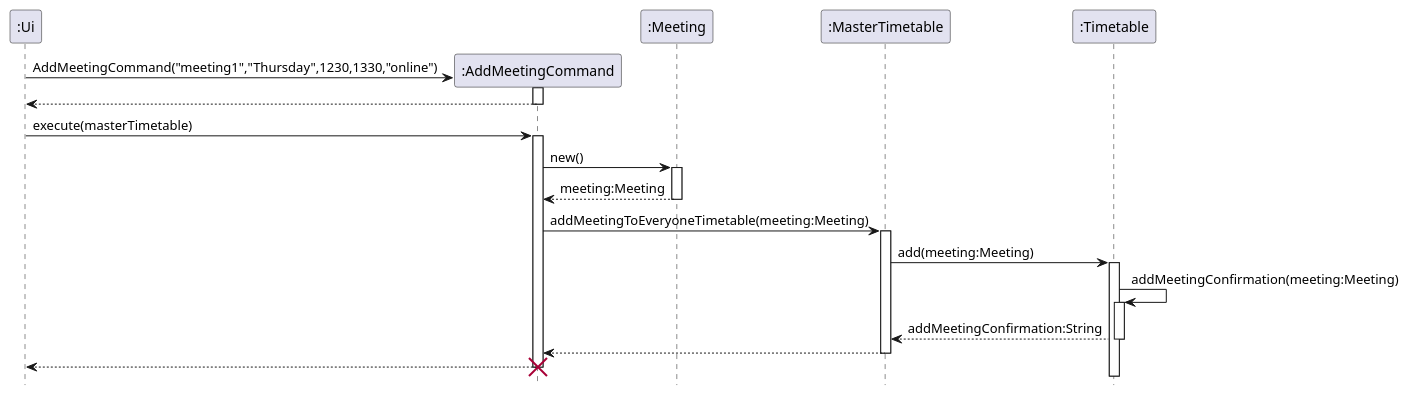
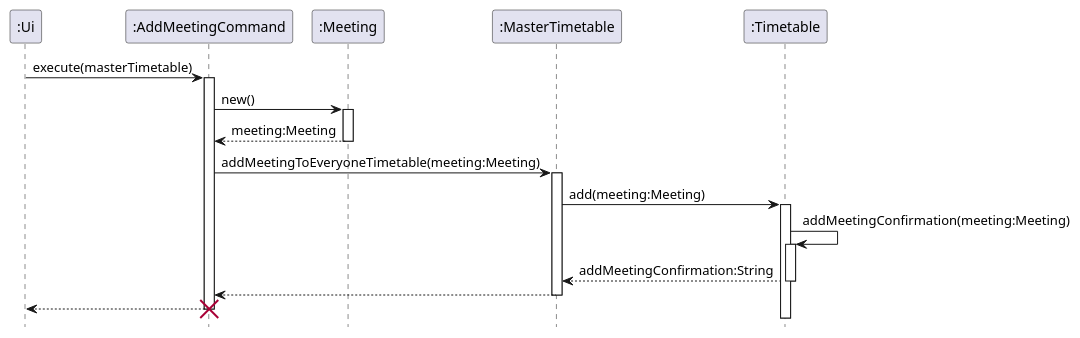
One commit to nus-cs2113-AY2122S2/tp changed the diagram in docs/diagrams/AddMeetingCommandSequence.puml. Above: the diagram before and after it, drawn with PlantUML.

Commit message:
Edit SQ of AddMeeting

```diff
--- a/docs/diagrams/AddMeetingCommandSequence.puml
+++ b/docs/diagrams/AddMeetingCommandSequence.puml
@@ -1,24 +1,18 @@
 @startuml
 hide footbox
 
-
-create ":Ui"
-
-create ":AddMeetingCommand"
-":Ui" -> ":AddMeetingCommand" ++: AddMeetingCommand("meeting1","Thursday",1230,1330,"online")
-":AddMeetingCommand" --> ":Ui" -- :
 ":Ui" -> ":AddMeetingCommand" ++: execute(masterTimetable)
 ":AddMeetingCommand" -> ":Meeting" ++ : new()
 ":Meeting" --> ":AddMeetingCommand" --: meeting:Meeting
 
 ":AddMeetingCommand" -> ":MasterTimetable" ++: addMeetingToEveryoneTimetable(meeting:Meeting)
 ":MasterTimetable" -> ":Timetable" ++ : add(meeting:Meeting)
 ":Timetable" -> ":Timetable"++: addMeetingConfirmation(meeting:Meeting)
 ":Timetable" --> ":MasterTimetable" --: addMeetingConfirmation:String
 ":MasterTimetable" --> ":AddMeetingCommand" -- :
 ":AddMeetingCommand" --> ":Ui" --:
 
 destroy ":AddMeetingCommand"
 
 
 @enduml
```
